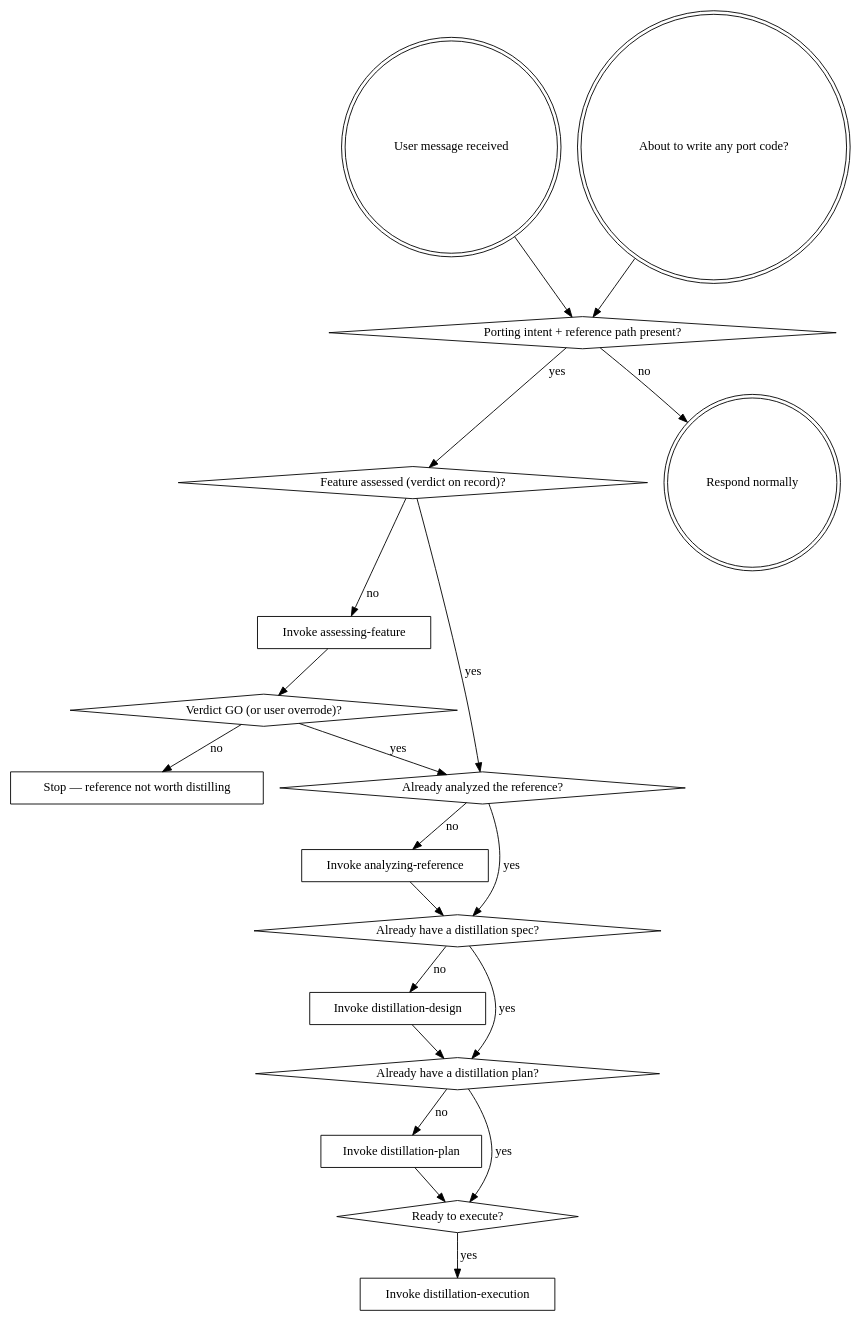
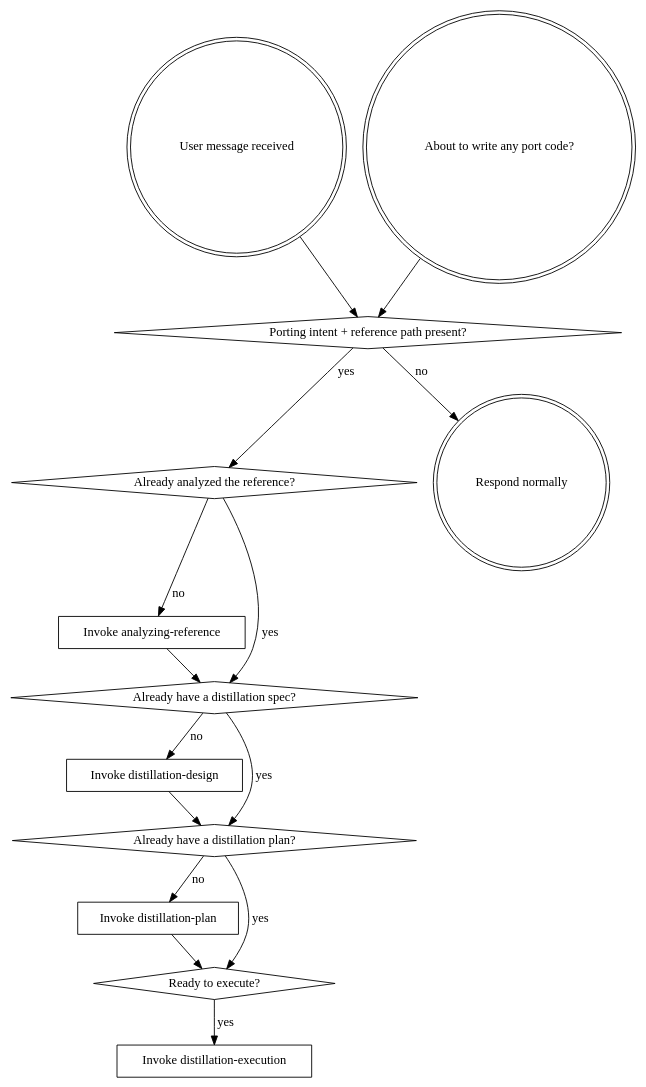
Before and after one commit to duongnghia222/code-distilling: the diagram in skills/using-code-distilling/SKILL.md, drawn with Graphviz. The commit also changed other lines of this file and 3 other files, not shown here.

First line of the commit message:
distill(superpowers/sdd): remove assessing-feature skill, make analyzing-reference the flow entry

````diff
--- a/skills/using-code-distilling/SKILL.md
+++ b/skills/using-code-distilling/SKILL.md
@@ -64,40 +64,31 @@
 ```dot
 digraph distilling_flow {
     "User message received" [shape=doublecircle];
     "About to write any port code?" [shape=doublecircle];
     "Porting intent + reference path present?" [shape=diamond];
-    "Feature assessed (verdict on record)?" [shape=diamond];
-    "Invoke assessing-feature" [shape=box];
-    "Verdict GO (or user overrode)?" [shape=diamond];
-    "Stop — reference not worth distilling" [shape=box];
     "Already analyzed the reference?" [shape=diamond];
     "Invoke analyzing-reference" [shape=box];
     "Already have a distillation spec?" [shape=diamond];
     "Invoke distillation-design" [shape=box];
     "Already have a distillation plan?" [shape=diamond];
     "Invoke distillation-plan" [shape=box];
     "Ready to execute?" [shape=diamond];
     "Invoke distillation-execution" [shape=box];
     "Respond normally" [shape=doublecircle];
 
     "About to write any port code?" -> "Porting intent + reference path present?";
     "User message received" -> "Porting intent + reference path present?";
-    "Porting intent + reference path present?" -> "Feature assessed (verdict on record)?" [label="yes"];
+    "Porting intent + reference path present?" -> "Already analyzed the reference?" [label="yes"];
     "Porting intent + reference path present?" -> "Respond normally" [label="no"];
-    "Feature assessed (verdict on record)?" -> "Invoke assessing-feature" [label="no"];
-    "Feature assessed (verdict on record)?" -> "Already analyzed the reference?" [label="yes"];
-    "Invoke assessing-feature" -> "Verdict GO (or user overrode)?";
-    "Verdict GO (or user overrode)?" -> "Stop — reference not worth distilling" [label="no"];
-    "Verdict GO (or user overrode)?" -> "Already analyzed the reference?" [label="yes"];
     "Already analyzed the reference?" -> "Invoke analyzing-reference" [label="no"];
     "Already analyzed the reference?" -> "Already have a distillation spec?" [label="yes"];
     "Invoke analyzing-reference" -> "Already have a distillation spec?";
     "Already have a distillation spec?" -> "Invoke distillation-design" [label="no"];
     "Already have a distillation spec?" -> "Already have a distillation plan?" [label="yes"];
     "Invoke distillation-design" -> "Already have a distillation plan?";
     "Already have a distillation plan?" -> "Invoke distillation-plan" [label="no"];
     "Already have a distillation plan?" -> "Ready to execute?" [label="yes"];
     "Invoke distillation-plan" -> "Ready to execute?";
     "Ready to execute?" -> "Invoke distillation-execution" [label="yes"];
 }
 ```
````
